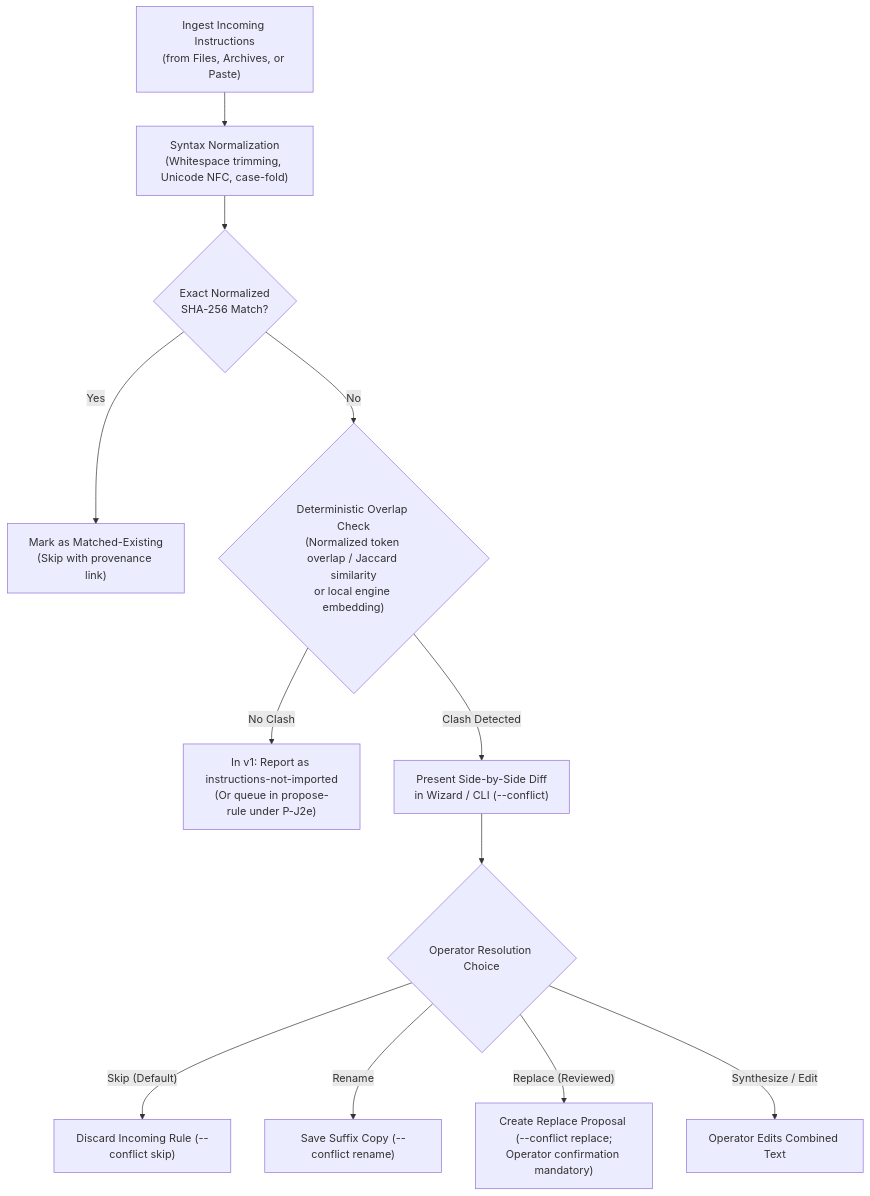
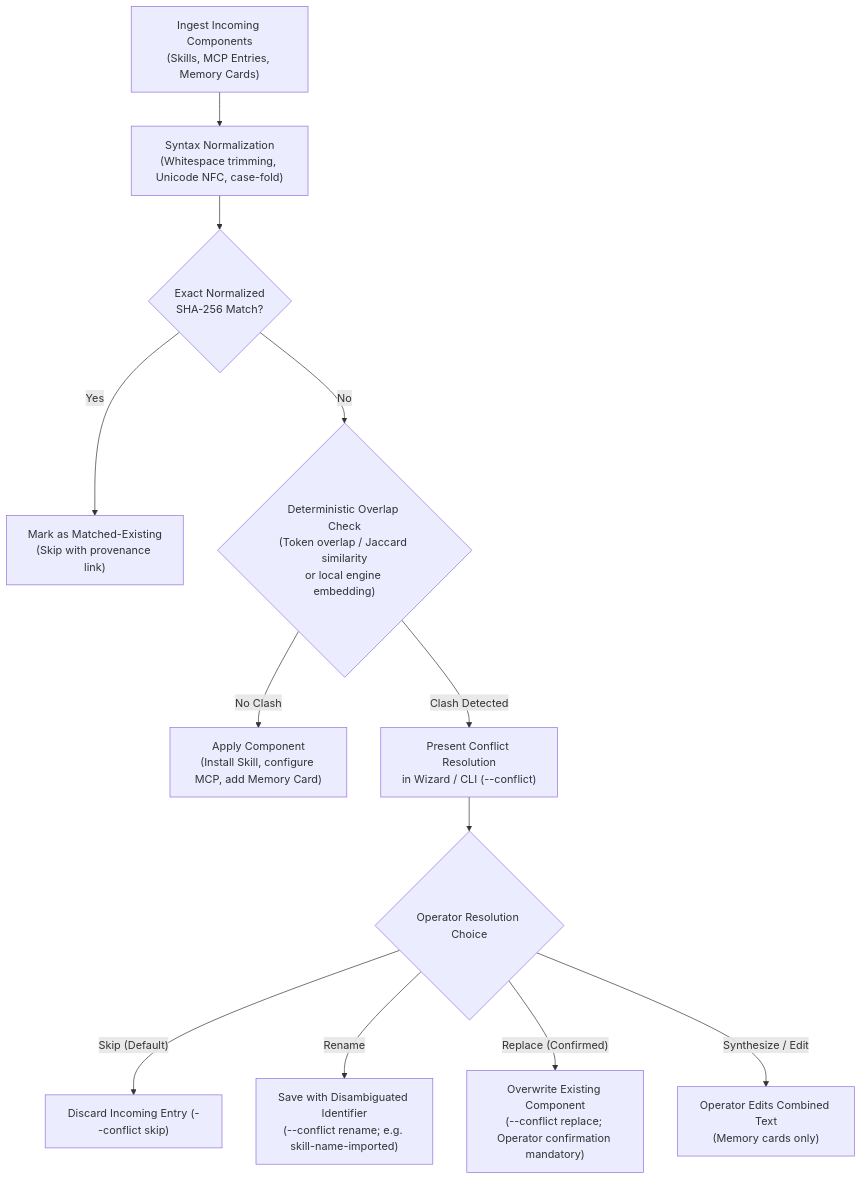
Before and after one commit to Cyb3rb1ade/PLUR1BUS-Harness: the first of 3 diagrams in docs/superpowers/specs/2026-10-27-profile-import-and-plugin-compat-design.md, drawn with Mermaid. The commit also changed other lines of this file and 5 other files, not shown here.

````diff
--- a/docs/superpowers/specs/2026-10-27-profile-import-and-plugin-compat-design.md
+++ b/docs/superpowers/specs/2026-10-27-profile-import-and-plugin-compat-design.md
@@ -61,14 +68,14 @@
 ```mermaid
 flowchart TD
-    Scan["Ingest Incoming Instructions\n(from Files, Archives, or Paste)"] --> Normalize["Syntax Normalization\n(Whitespace trimming, Unicode NFC, case-fold)"]
+    Scan["Ingest Incoming Components\n(Skills, MCP Entries, Memory Cards)"] --> Normalize["Syntax Normalization\n(Whitespace trimming, Unicode NFC, case-fold)"]
     Normalize --> HashCheck{"Exact Normalized\nSHA-256 Match?"}
     HashCheck -- "Yes" --> Dedup["Mark as Matched-Existing\n(Skip with provenance link)"]
-    HashCheck -- "No" --> ClashDetect{"Deterministic Overlap Check\n(Normalized token overlap / Jaccard similarity\nor local engine embedding)"}
-    ClashDetect -- "No Clash" --> AutoMerge["In v1: Report as instructions-not-imported\n(Or queue in propose-rule under P-J2e)"]
-    ClashDetect -- "Clash Detected" --> UserDiff["Present Side-by-Side Diff\nin Wizard / CLI (--conflict)"]
+    HashCheck -- "No" --> ClashDetect{"Deterministic Overlap Check\n(Token overlap / Jaccard similarity\nor local engine embedding)"}
+    ClashDetect -- "No Clash" --> AutoApply["Apply Component\n(Install Skill, configure MCP, add Memory Card)"]
+    ClashDetect -- "Clash Detected" --> UserDiff["Present Conflict Resolution\nin Wizard / CLI (--conflict)"]
     UserDiff --> Choice{"Operator Resolution Choice"}
-    Choice -- "Skip (Default)" --> Discard["Discard Incoming Rule (--conflict skip)"]
-    Choice -- "Rename" --> Rename["Save Suffix Copy (--conflict rename)"]
-    Choice -- "Replace (Reviewed)" --> ReplaceProposal["Create Replace Proposal (--conflict replace;\nOperator confirmation mandatory)"]
-    Choice -- "Synthesize / Edit" --> Synthesize["Operator Edits Combined Text"]
+    Choice -- "Skip (Default)" --> Discard["Discard Incoming Entry (--conflict skip)"]
+    Choice -- "Rename" --> Rename["Save with Disambiguated Identifier\n(--conflict rename; e.g. skill-name-imported)"]
+    Choice -- "Replace (Confirmed)" --> Replace["Overwrite Existing Component\n(--conflict replace; Operator confirmation mandatory)"]
+    Choice -- "Synthesize / Edit" --> Synthesize["Operator Edits Combined Text\n(Memory cards only)"]
 ```
````
